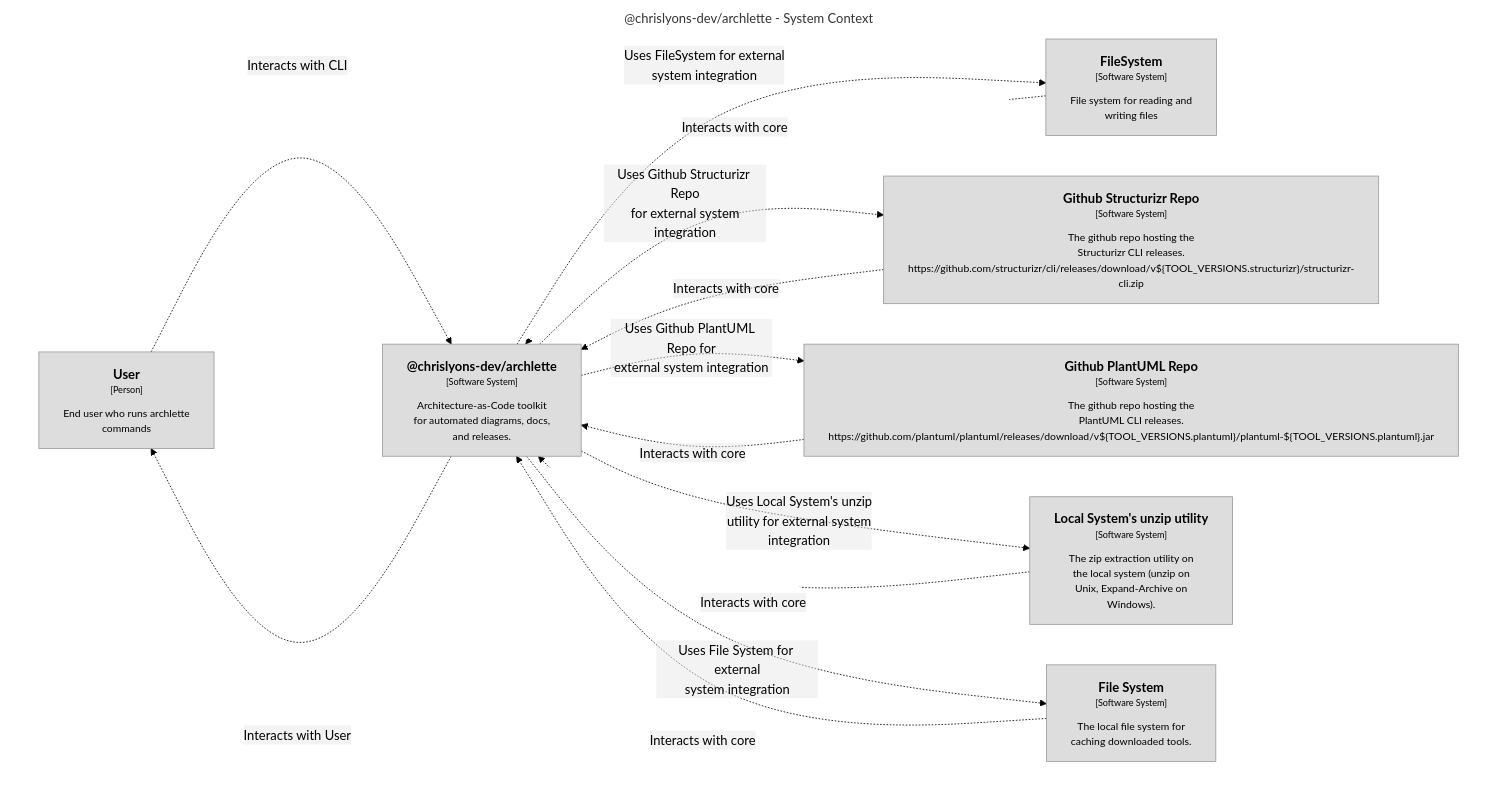
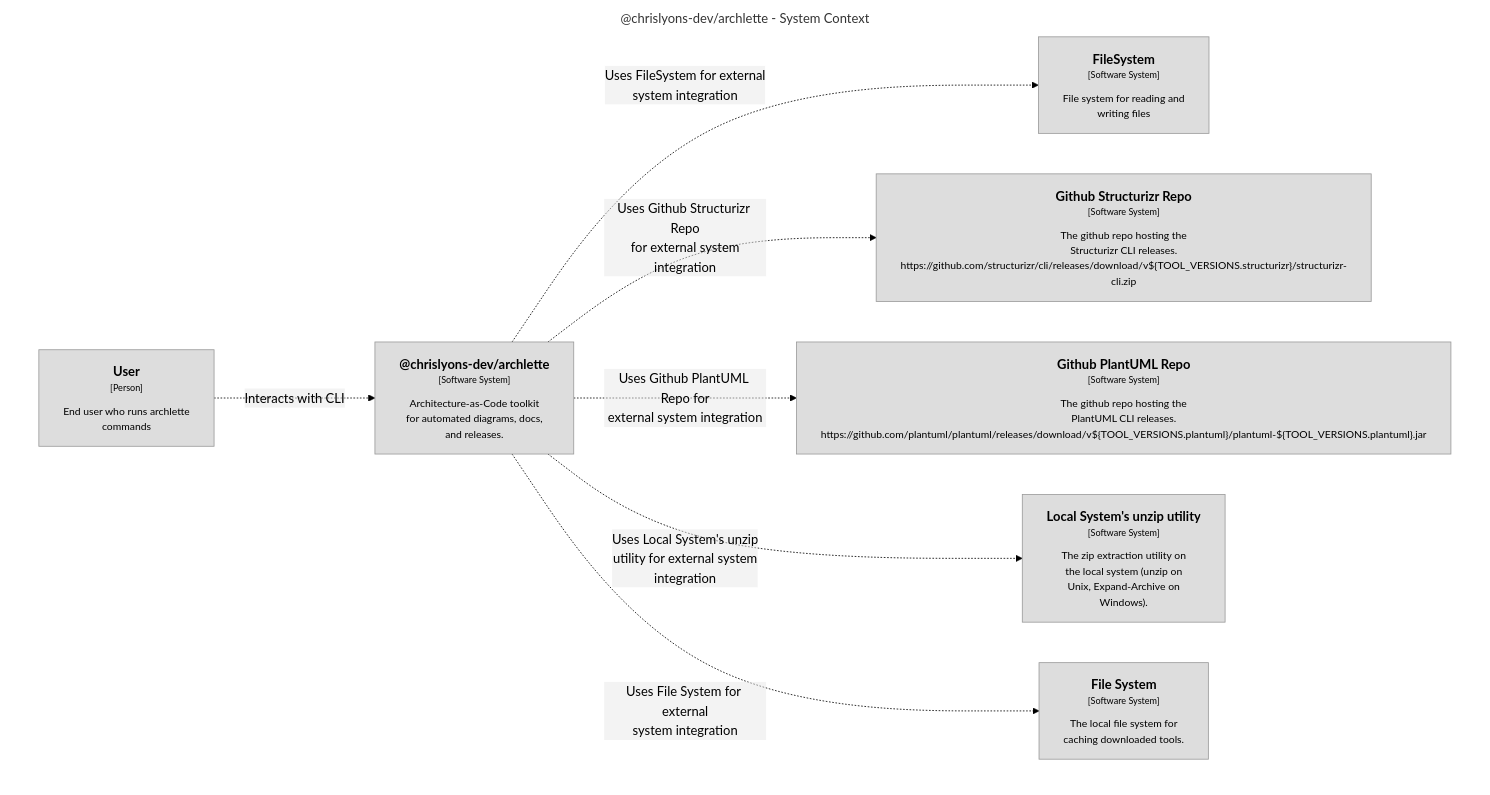
The diagram in docs/architecture/diagrams/mermaid/structurizr-SystemContext.mmd (chrislyons-dev/archlette), drawn with Mermaid (forest theme) before and after one commit. The commit also changed 29 other files, not shown here.

```diff
--- a/docs/architecture/diagrams/mermaid/structurizr-SystemContext.mmd
+++ b/docs/architecture/diagrams/mermaid/structurizr-SystemContext.mmd
@@ -1,34 +1,28 @@
 graph TB
   linkStyle default fill:#ffffff
 
   subgraph diagram ["@chrislyons-dev/archlette - System Context"]
     style diagram fill:#ffffff,stroke:#ffffff
 
     1["<div style='font-weight: bold'>User</div><div style='font-size: 70%; margin-top: 0px'>[Person]</div><div style='font-size: 80%; margin-top:10px'>End user who runs archlette<br />commands</div>"]
     style 1 fill:#dddddd,stroke:#9a9a9a,color:#000000
     2["<div style='font-weight: bold'>FileSystem</div><div style='font-size: 70%; margin-top: 0px'>[Software System]</div><div style='font-size: 80%; margin-top:10px'>File system for reading and<br />writing files</div>"]
     style 2 fill:#dddddd,stroke:#9a9a9a,color:#000000
     3["<div style='font-weight: bold'>Github Structurizr Repo</div><div style='font-size: 70%; margin-top: 0px'>[Software System]</div><div style='font-size: 80%; margin-top:10px'>The github repo hosting the<br />Structurizr CLI releases.<br />https://github.com/structurizr/cli/releases/download/v${TOOL_VERSIONS.structurizr}/structurizr-cli.zip</div>"]
     style 3 fill:#dddddd,stroke:#9a9a9a,color:#000000
     4["<div style='font-weight: bold'>Github PlantUML Repo</div><div style='font-size: 70%; margin-top: 0px'>[Software System]</div><div style='font-size: 80%; margin-top:10px'>The github repo hosting the<br />PlantUML CLI releases.<br />https://github.com/plantuml/plantuml/releases/download/v${TOOL_VERSIONS.plantuml}/plantuml-${TOOL_VERSIONS.plantuml}.jar</div>"]
     style 4 fill:#dddddd,stroke:#9a9a9a,color:#000000
     5["<div style='font-weight: bold'>Local System's unzip utility</div><div style='font-size: 70%; margin-top: 0px'>[Software System]</div><div style='font-size: 80%; margin-top:10px'>The zip extraction utility on<br />the local system (unzip on<br />Unix, Expand-Archive on<br />Windows).</div>"]
     style 5 fill:#dddddd,stroke:#9a9a9a,color:#000000
     6["<div style='font-weight: bold'>File System</div><div style='font-size: 70%; margin-top: 0px'>[Software System]</div><div style='font-size: 80%; margin-top:10px'>The local file system for<br />caching downloaded tools.</div>"]
     style 6 fill:#dddddd,stroke:#9a9a9a,color:#000000
     7["<div style='font-weight: bold'>@chrislyons-dev/archlette</div><div style='font-size: 70%; margin-top: 0px'>[Software System]</div><div style='font-size: 80%; margin-top:10px'>Architecture-as-Code toolkit<br />for automated diagrams, docs,<br />and releases.</div>"]
     style 7 fill:#dddddd,stroke:#9a9a9a,color:#000000
 
-    2-. "<div>Interacts with core</div><div style='font-size: 70%'></div>" .->7
-    3-. "<div>Interacts with core</div><div style='font-size: 70%'></div>" .->7
-    4-. "<div>Interacts with core</div><div style='font-size: 70%'></div>" .->7
-    5-. "<div>Interacts with core</div><div style='font-size: 70%'></div>" .->7
-    6-. "<div>Interacts with core</div><div style='font-size: 70%'></div>" .->7
-    7-. "<div>Interacts with User</div><div style='font-size: 70%'></div>" .->1
     7-. "<div>Uses FileSystem for external<br />system integration</div><div style='font-size: 70%'></div>" .->2
     7-. "<div>Uses Github Structurizr Repo<br />for external system<br />integration</div><div style='font-size: 70%'></div>" .->3
     7-. "<div>Uses Github PlantUML Repo for<br />external system integration</div><div style='font-size: 70%'></div>" .->4
     7-. "<div>Uses Local System's unzip<br />utility for external system<br />integration</div><div style='font-size: 70%'></div>" .->5
     7-. "<div>Uses File System for external<br />system integration</div><div style='font-size: 70%'></div>" .->6
     1-. "<div>Interacts with CLI</div><div style='font-size: 70%'></div>" .->7
   end
```
